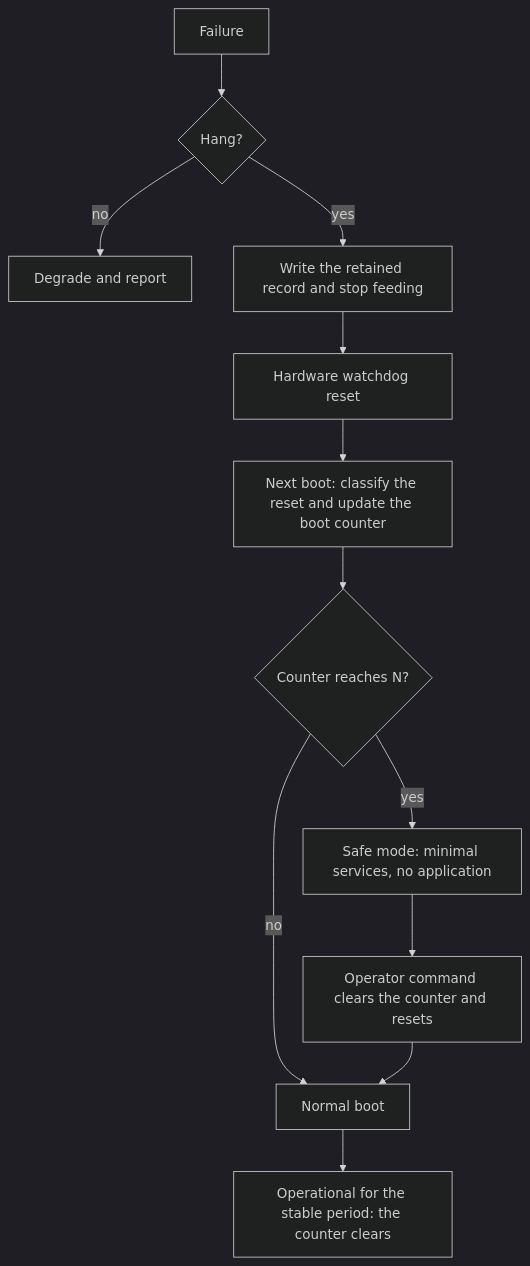
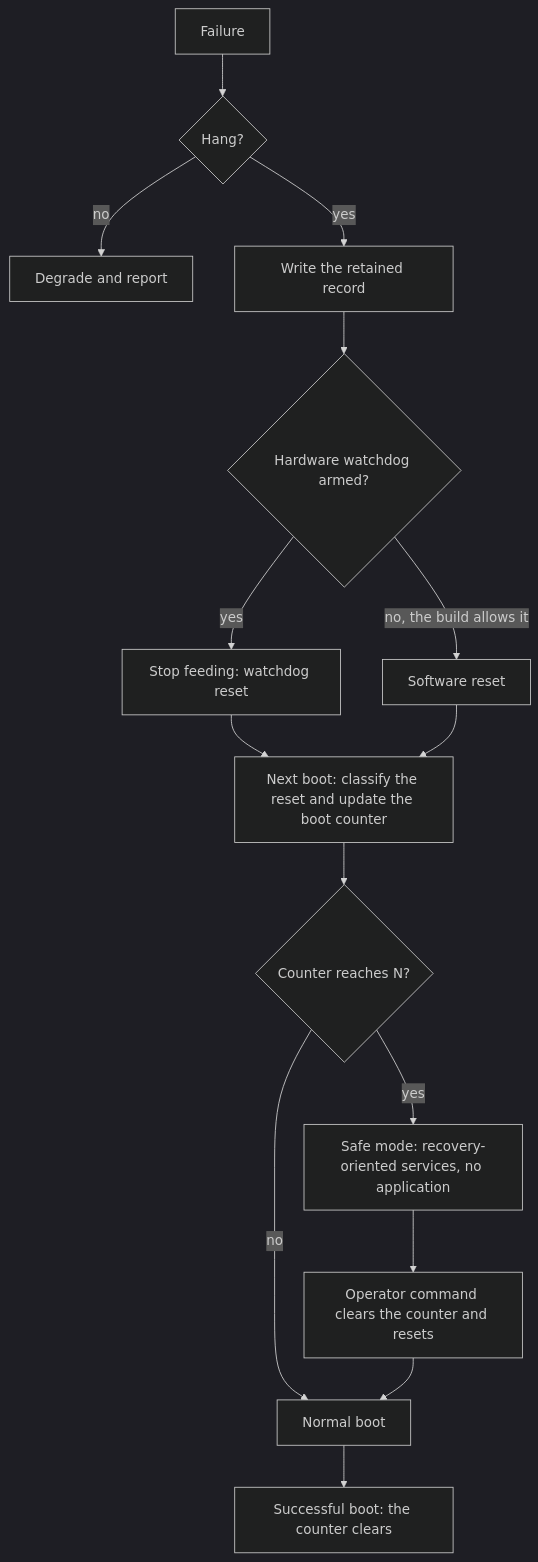
The third of 3 diagrams in docs/design/controller-framework.md (wonny-labs/crux-controller), drawn with Mermaid (dark theme) before and after one commit. The commit also changed other lines of this file and 2 other files, not shown here.

````diff
--- a/docs/design/controller-framework.md
+++ b/docs/design/controller-framework.md
@@ -165,14 +159,17 @@
 ```mermaid
 flowchart TD
     failure["Failure"] --> hang{"Hang?"}
     hang -->|no| degrade["Degrade and report"]
-    hang -->|yes| record["Write the retained record and stop feeding"]
-    record --> reset["Hardware watchdog reset"]
+    hang -->|yes| record["Write the retained record"]
+    record --> armed{"Hardware watchdog armed?"}
+    armed -->|yes| reset["Stop feeding: watchdog reset"]
+    armed -->|"no, the build allows it"| soft["Software reset"]
     reset --> classify["Next boot: classify the reset and update the boot counter"]
+    soft --> classify
     classify --> limit{"Counter reaches N?"}
     limit -->|no| normal["Normal boot"]
-    limit -->|yes| safe["Safe mode: minimal services, no application"]
+    limit -->|yes| safe["Safe mode: recovery-oriented services, no application"]
     safe --> exit["Operator command clears the counter and resets"]
     exit --> normal
-    normal --> stable["Operational for the stable period: the counter clears"]
+    normal --> stable["Successful boot: the counter clears"]
 ```
````
